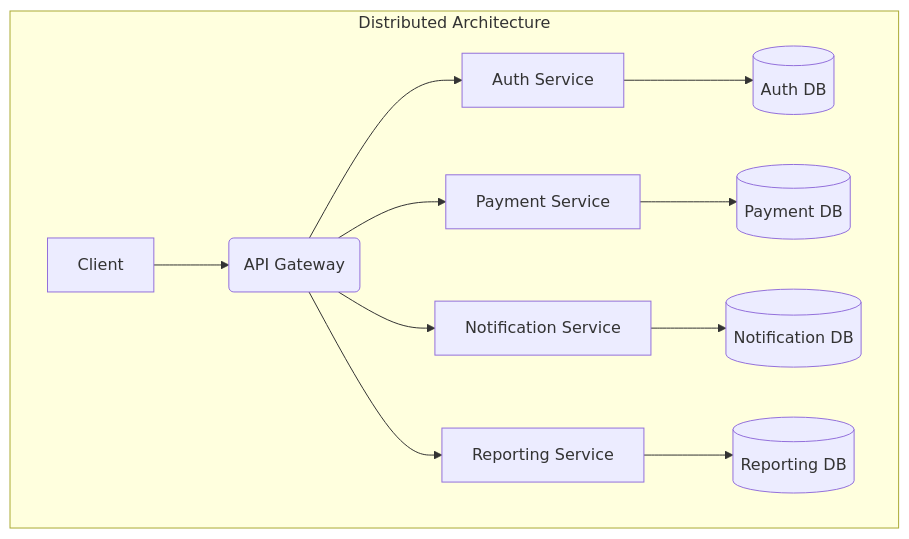
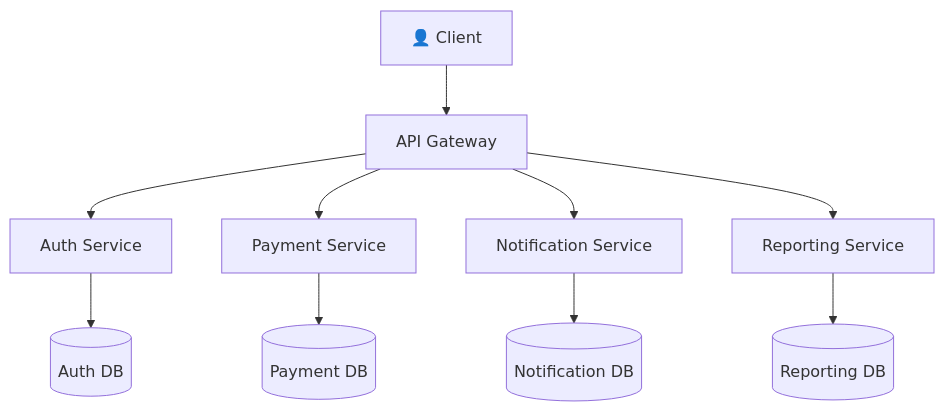
One commit to sajidur/Book changed the ninth of 9 diagrams in manuscript/part-1-foundation/ch01-system-design-introduction.md. Above: the diagram before and after it, drawn with Mermaid. The commit also changed other lines of this file and 144 other files, not shown here.

````diff
--- a/manuscript/part-1-foundation/ch01-system-design-introduction.md
+++ b/manuscript/part-1-foundation/ch01-system-design-introduction.md
@@ -250,14 +475,13 @@
 ```mermaid
-graph TD
-    subgraph Distributed Architecture
-        E[Client] --> F(API Gateway)
-        F --> G[Auth Service]
-        F --> H[Payment Service]
-        F --> I[Notification Service]
-        F --> J[Reporting Service]
-        G --> K[(Auth DB)]
-        H --> L[(Payment DB)]
-        I --> M[(Notification DB)]
-        J --> N[(Reporting DB)]
-    end
+%% caption: Distributed Architecture: প্রতিটি service-এর নিজস্ব দায়িত্ব ও database
+flowchart TD
+    E["👤 Client"]:::client --> F["API Gateway"]:::infra
+    F --> G["Auth Service"]:::svc
+    F --> H["Payment Service"]:::svc
+    F --> I["Notification Service"]:::svc
+    F --> J["Reporting Service"]:::svc
+    G --> K[("Auth DB")]:::db
+    H --> L[("Payment DB")]:::db
+    I --> M[("Notification DB")]:::db
+    J --> N[("Reporting DB")]:::db
 ```
````
